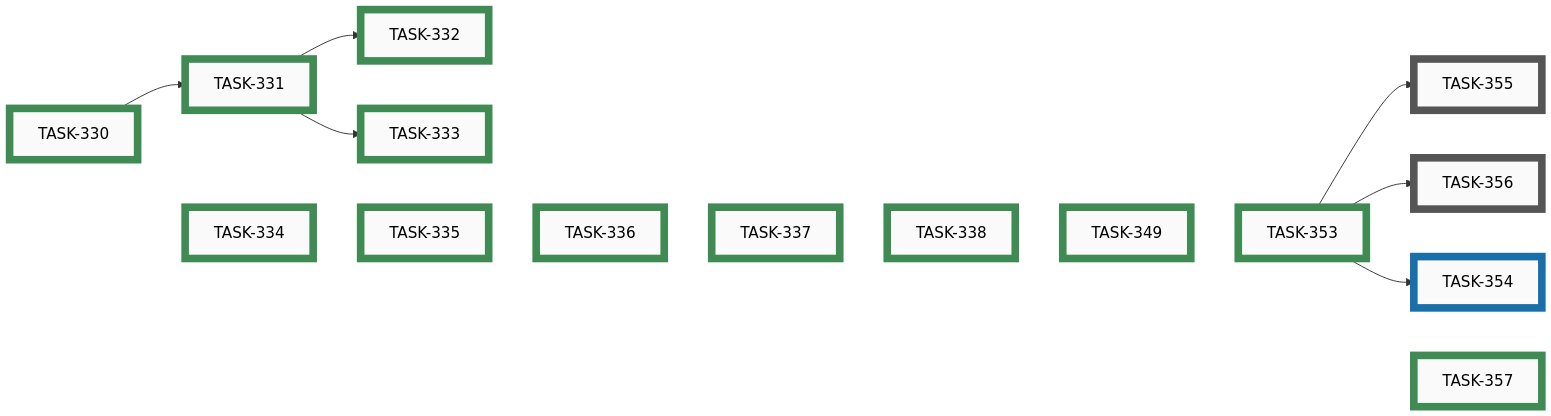
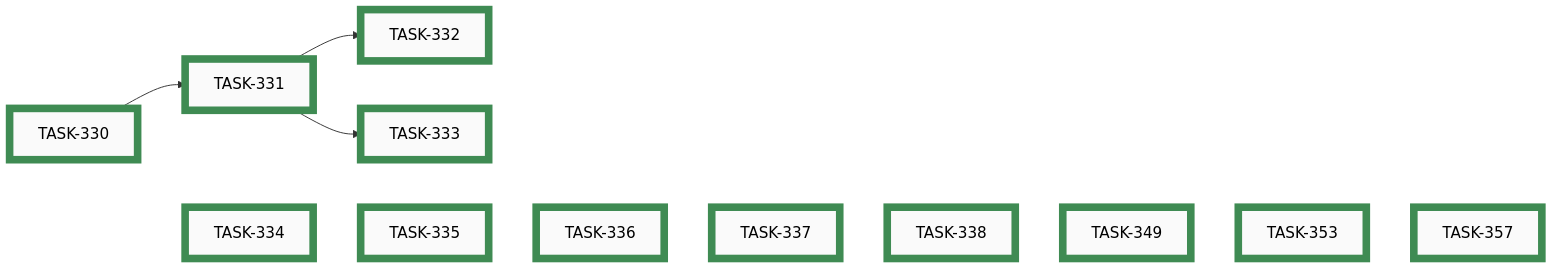
Before and after one commit to tgd1975/AwesomeStudioPedal: the eighth of 12 diagrams in docs/developers/tasks/EPICS.md, drawn with Mermaid. The commit also changed other lines of this file and 21 other files, not shown here.

````diff
--- a/docs/developers/tasks/EPICS.md
+++ b/docs/developers/tasks/EPICS.md
@@ -297,48 +298,39 @@
 ```mermaid
 graph LR
-    TASK_355["TASK-355"]:::open
-    TASK_356["TASK-356"]:::open
-    TASK_354["TASK-354"]:::active
     TASK_330["TASK-330"]:::closed
     TASK_331["TASK-331"]:::closed
     TASK_332["TASK-332"]:::closed
     TASK_333["TASK-333"]:::closed
     TASK_334["TASK-334"]:::closed
     TASK_335["TASK-335"]:::closed
     TASK_336["TASK-336"]:::closed
     TASK_337["TASK-337"]:::closed
     TASK_338["TASK-338"]:::closed
     TASK_349["TASK-349"]:::closed
     TASK_353["TASK-353"]:::closed
     TASK_357["TASK-357"]:::closed
-    TASK_353 --> TASK_355
-    TASK_353 --> TASK_356
-    TASK_353 --> TASK_354
     TASK_330 --> TASK_331
     TASK_331 --> TASK_332
     TASK_331 --> TASK_333
     TASK_330 ~~~ TASK_334 ~~~ TASK_335 ~~~ TASK_336 ~~~ TASK_337 ~~~ TASK_338 ~~~ TASK_349 ~~~ TASK_353 ~~~ TASK_357
-    click TASK_355 "open/task-355-firmware-config-readback.md"
-    click TASK_356 "open/task-356-firmware-active-profile-notify.md"
-    click TASK_354 "active/task-354-firmware-version-read-characteristic.md"
     click TASK_330 "closed/task-330-decide-content-page-open-questions.md"
     click TASK_331 "closed/task-331-add-info-about-page.md"
     click TASK_332 "closed/task-332-add-howto-quickstart-page.md"
     click TASK_333 "closed/task-333-add-profiles-troubleshooting-legal-pages.md"
     click TASK_334 "closed/task-334-add-startup-splash-screen.md"
     click TASK_335 "closed/task-335-add-connection-status-strip-and-details-sheet.md"
     click TASK_336 "closed/task-336-add-connected-pedal-page-board-only.md"
     click TASK_337 "closed/task-337-firmware-expose-version-config-active-profile.md"
     click TASK_338 "closed/task-338-add-hid-display-table-and-live-keystroke-page.md"
     click TASK_349 "closed/task-349-display-unified-version-in-mobile-app.md"
     click TASK_353 "closed/task-353-feasibility-firmware-ble-readback-surfaces.md"
     click TASK_357 "closed/task-357-reconcile-max-config-bytes-doc-vs-code.md"
     classDef open    fill:#FAFAFA,stroke:#555,stroke-width:8px,color:#000
     classDef active  fill:#FAFAFA,stroke:#1A6FA8,stroke-width:8px,color:#000
     classDef closed  fill:#FAFAFA,stroke:#3F8B53,stroke-width:8px,color:#000
     classDef paused  fill:#FAFAFA,stroke:#B07810,stroke-width:8px,color:#000
     classDef openExt    fill:#000,stroke:#888,stroke-width:8px,color:#FFF
     classDef activeExt  fill:#000,stroke:#3FA9F5,stroke-width:8px,color:#FFF
     classDef closedExt  fill:#000,stroke:#7CC68A,stroke-width:8px,color:#FFF
     classDef pausedExt  fill:#000,stroke:#F0B030,stroke-width:8px,color:#FFF
 ```
````
